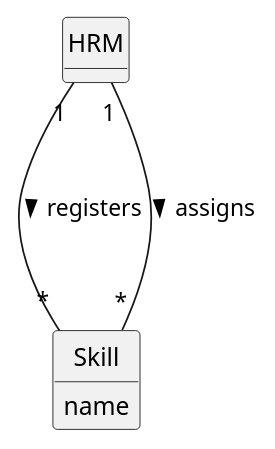
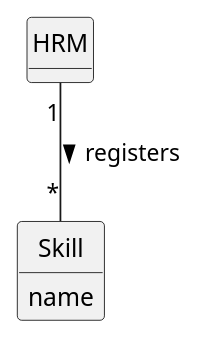
One commit to Departamento-de-Engenharia-Informatica/lei-24-s2-1dm-g132 changed the diagram in docs/sprintA/us001/02.analysis/puml/us001-domain-model.puml. Above: the diagram before and after it, drawn with PlantUML. The commit also changed 1 other file, not shown here.

```diff
--- a/docs/sprintA/us001/02.analysis/puml/us001-domain-model.puml
+++ b/docs/sprintA/us001/02.analysis/puml/us001-domain-model.puml
@@ -1,27 +1,26 @@
 @startuml
 skinparam monochrome true
 skinparam packageStyle rectangle
 skinparam shadowing false
 
 skinparam classAttributeIconSize 0
 
 hide circle
 hide methods
 
 'title Domain Model
 
 'class Platform {
 '  -description
 '}
 
 class HRM {
 }
 
 class Skill {
     name
 }
 
 HRM "1" -- "*" Skill : registers >
-HRM "1" --- "*" Skill : assigns >
 
 @enduml
```
